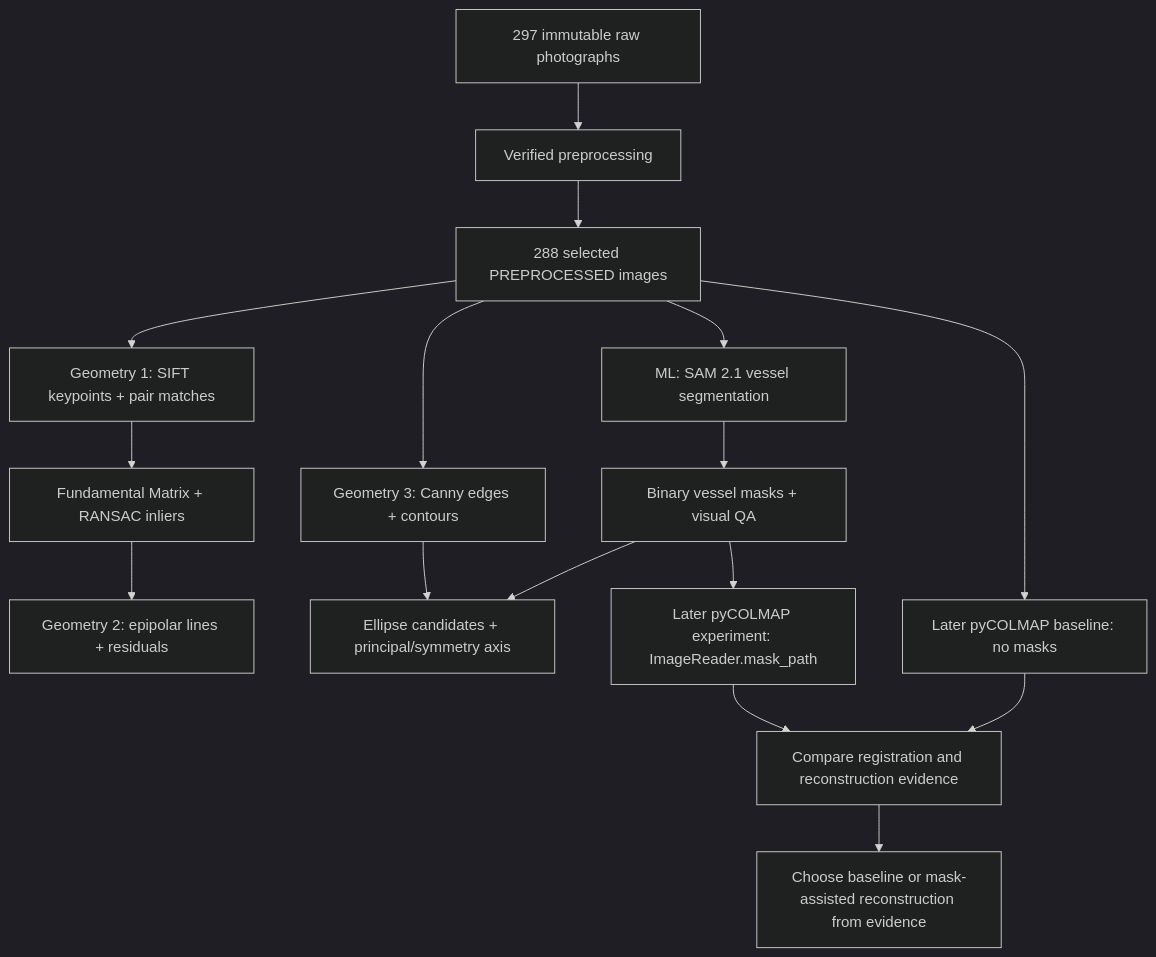
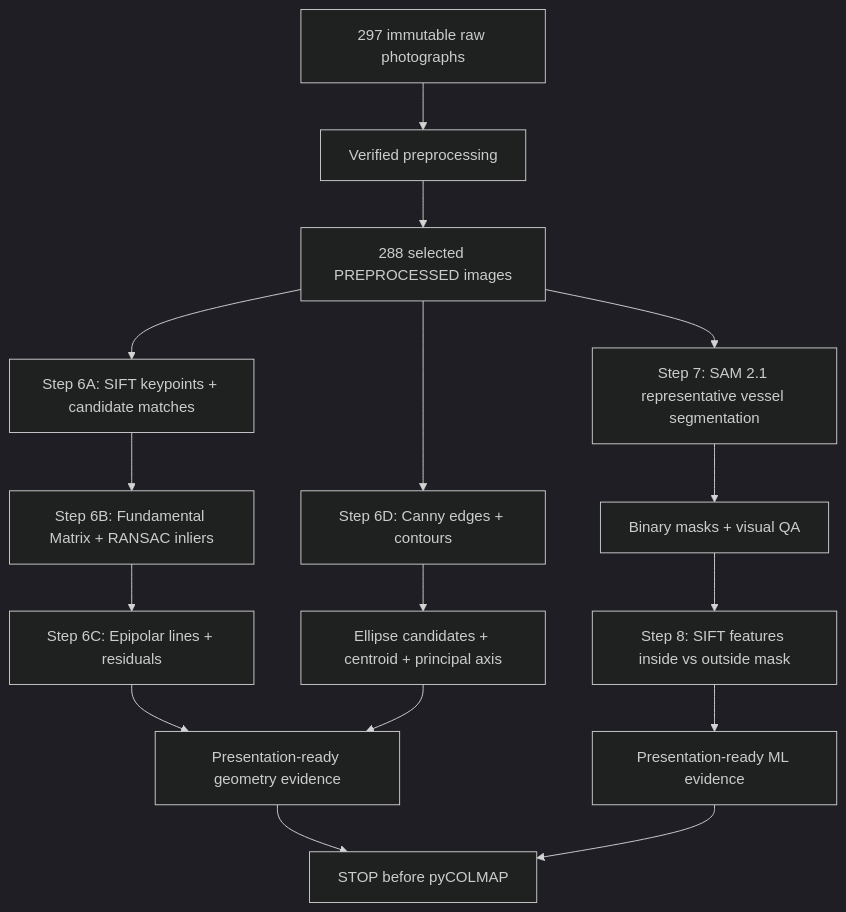
The diagram in docs/superpowers/specs/2026-08-27-geometry-ml-integration-design.md (PracticalSwan/thai-libation-brass-vessel-3d-reconstruction), drawn with Mermaid (dark theme) before and after one commit. The commit also changed other lines of this file and 10 other files, not shown here.

````diff
--- a/docs/superpowers/specs/2026-08-27-geometry-ml-integration-design.md
+++ b/docs/superpowers/specs/2026-08-27-geometry-ml-integration-design.md
@@ -32,23 +43,23 @@
 ```mermaid
 flowchart TD
     A[297 immutable raw photographs] --> B[Verified preprocessing]
     B --> C[288 selected PREPROCESSED images]
 
-    C --> G1[Geometry 1: SIFT keypoints + pair matches]
-    G1 --> G2[Fundamental Matrix + RANSAC inliers]
-    G2 --> G3[Geometry 2: epipolar lines + residuals]
+    C --> G1[Step 6A: SIFT keypoints + candidate matches]
+    G1 --> G2[Step 6B: Fundamental Matrix + RANSAC inliers]
+    G2 --> G3[Step 6C: Epipolar lines + residuals]
 
-    C --> S1[Geometry 3: Canny edges + contours]
-    S1 --> S2[Ellipse candidates + principal/symmetry axis]
+    C --> S1[Step 6D: Canny edges + contours]
+    S1 --> S2[Ellipse candidates + centroid + principal axis]
 
-    C --> M1[ML: SAM 2.1 vessel segmentation]
-    M1 --> M2[Binary vessel masks + visual QA]
-    M2 --> S2
+    C --> M1[Step 7: SAM 2.1 representative vessel segmentation]
+    M1 --> M2[Binary masks + visual QA]
+    M2 --> M3[Step 8: SIFT features inside vs outside mask]
 
-    C --> P1[Later pyCOLMAP baseline: no masks]
-    M2 --> P2[Later pyCOLMAP experiment: ImageReader.mask_path]
-    P1 --> R[Compare registration and reconstruction evidence]
-    P2 --> R
+    G3 --> O[Presentation-ready geometry evidence]
+    S2 --> O
+    M3 --> P[Presentation-ready ML evidence]
 
-    R --> D[Choose baseline or mask-assisted reconstruction from evidence]
+    O --> Z[STOP before pyCOLMAP]
+    P --> Z
 ```
````
